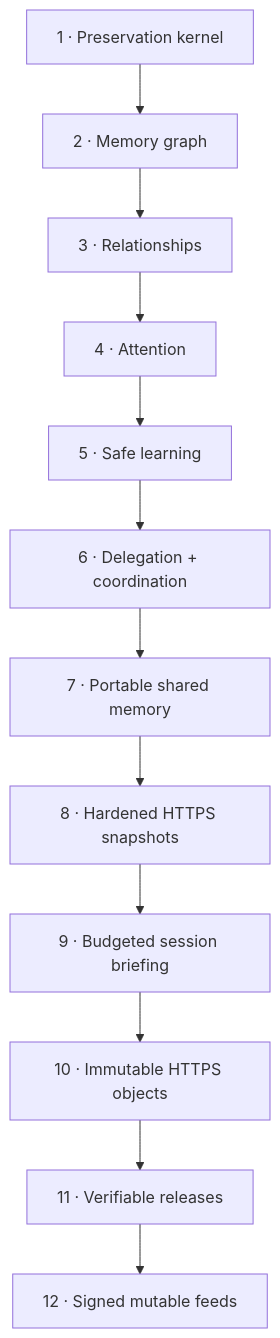
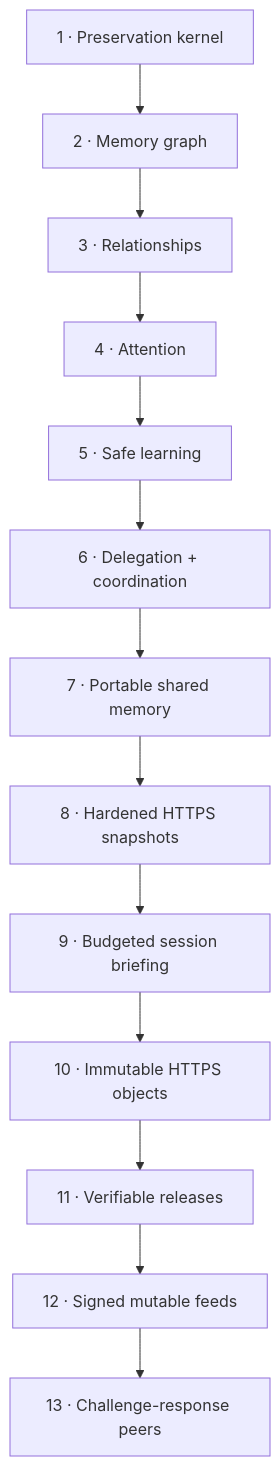
The diagram in docs/roadmap.md (Maykbiletti/AgentSpine), drawn with Mermaid before and after one commit. The commit also changed other lines of this file and 10 other files, not shown here.

Commit message:
feat: add challenge-response peer transport

````diff
--- a/docs/roadmap.md
+++ b/docs/roadmap.md
@@ -5,14 +5,15 @@
 ```mermaid
 flowchart TB
     A["1 · Preservation kernel"] --> B["2 · Memory graph"]
     B --> C["3 · Relationships"]
     C --> D["4 · Attention"]
     D --> E["5 · Safe learning"]
     E --> F["6 · Delegation + coordination"]
     F --> G["7 · Portable shared memory"]
     G --> H["8 · Hardened HTTPS snapshots"]
     H --> I["9 · Budgeted session briefing"]
     I --> J["10 · Immutable HTTPS objects"]
     J --> K["11 · Verifiable releases"]
     K --> L["12 · Signed mutable feeds"]
+    L --> M["13 · Challenge-response peers"]
 ```
````
